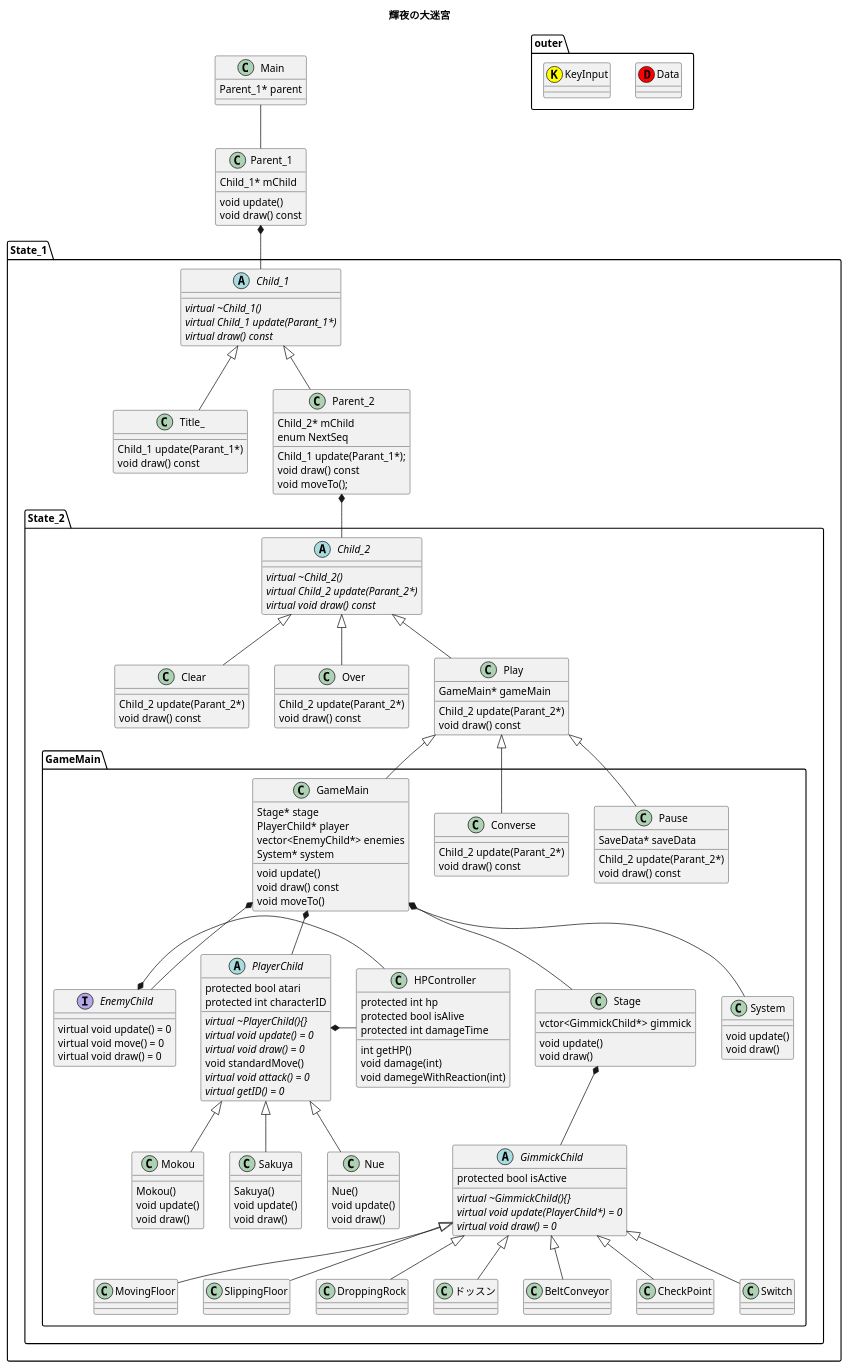
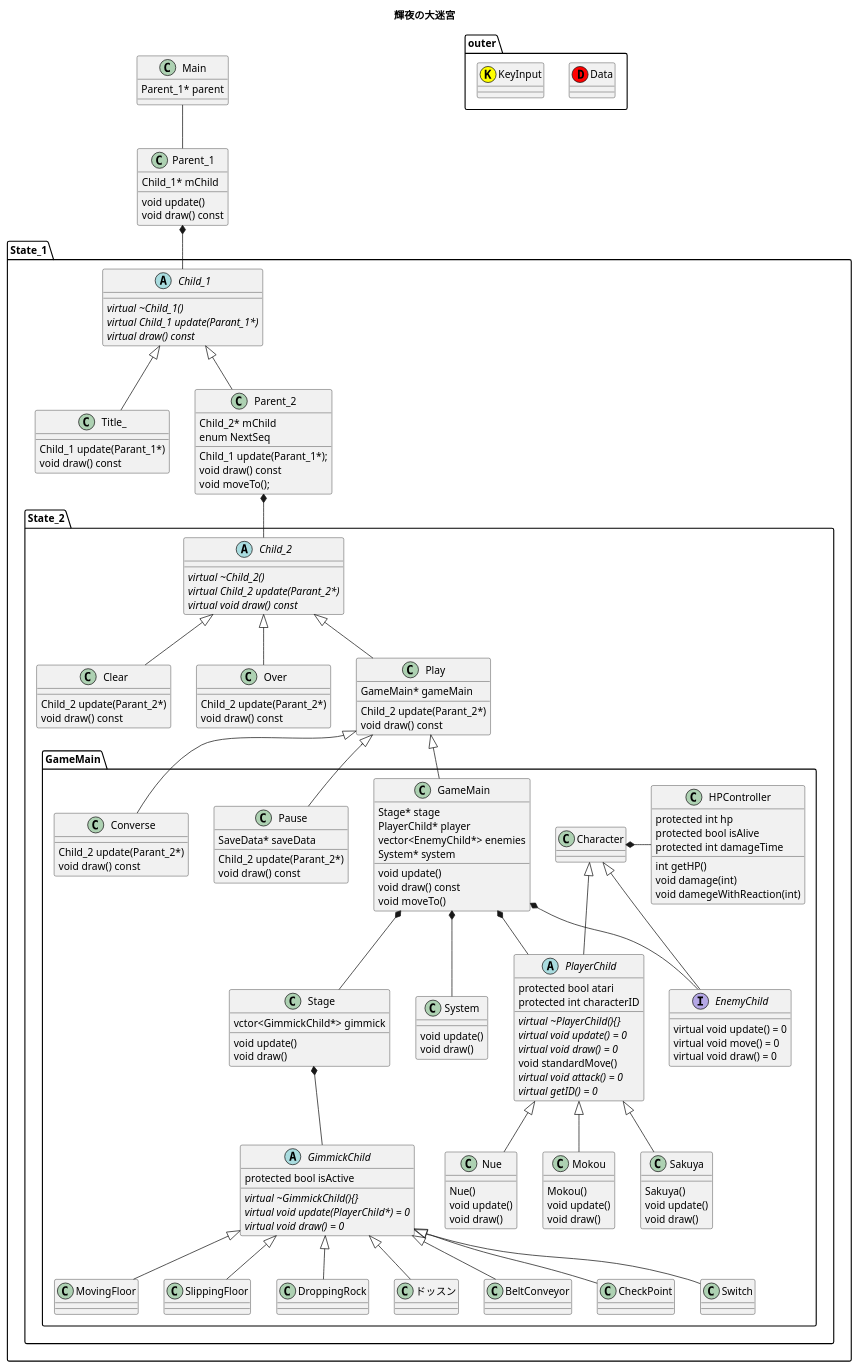
The diagram in 紅楼夢_クラス図.pu (easychoco/ArcaniteGummy), drawn with PlantUML before and after one commit. The commit also changed 24 other files, not shown here.

```diff
--- a/紅楼夢_クラス図.pu
+++ b/紅楼夢_クラス図.pu
@@ -194,8 +194,9 @@
       Stage *-- GimmickChild
       GameMain *--EnemyChild
       GameMain *-- PlayerChild
-      EnemyChild *- HPController
-      PlayerChild *- HPController
+      Character <|-- EnemyChild
+      Character <|-- PlayerChild
+      Character *- HPController
       GimmickChild <|-- MovingFloor
       GimmickChild <|-- SlippingFloor
       GimmickChild <|-- DroppingRock
```
